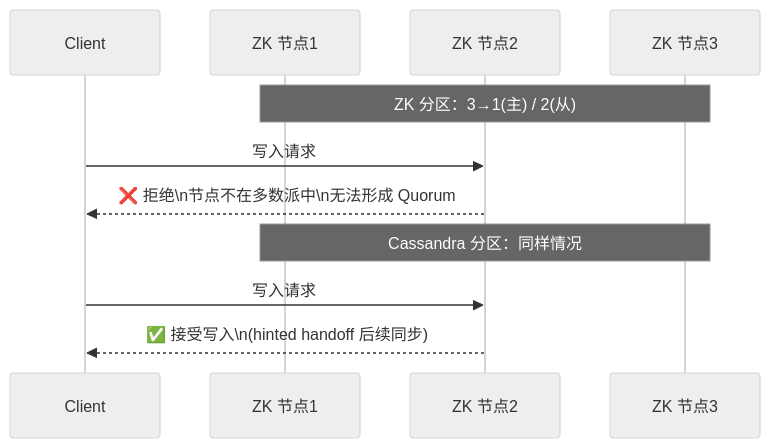
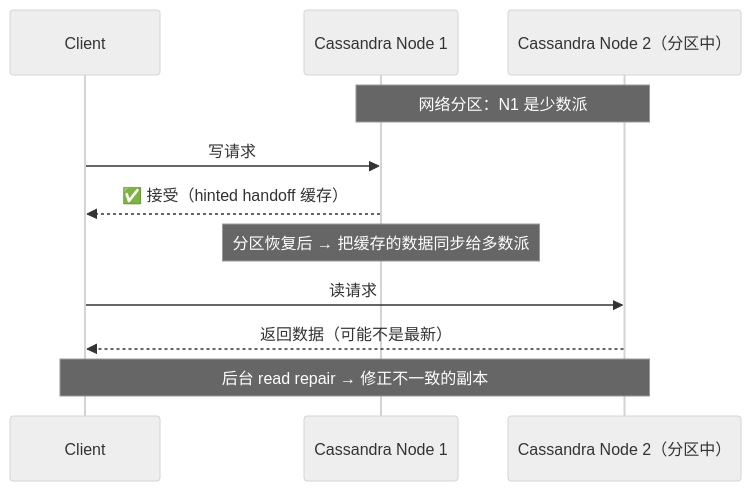
Before and after one commit to guozy502/my-tech-blog: the fourth of 5 diagrams in content/posts/分布式/分布式一致性模型——CAP不是二分法，PACELC才是工程指导.md, drawn with Mermaid (neutral theme). The commit also changed other lines of this file and 52 other files, not shown here.

````diff
--- a/content/posts/分布式/分布式一致性模型——CAP不是二分法，PACELC才是工程指导.md
+++ b/content/posts/分布式/分布式一致性模型——CAP不是二分法，PACELC才是工程指导.md
@@ -108,15 +154,18 @@
 ```mermaid
 sequenceDiagram
     participant C as Client
-    participant ZK1 as ZK 节点1
-    participant ZK2 as ZK 节点2
-    participant ZK3 as ZK 节点3
+    participant N1 as Cassandra Node 1
+    participant N2 as Cassandra Node 2（分区中）
     
-    Note over ZK1,ZK3: ZK 分区：3→1(主) / 2(从)
-    C->>ZK2: 写入请求
-    ZK2-->>C: ❌ 拒绝\n节点不在多数派中\n无法形成 Quorum
+    Note over N1,N2: 网络分区：N1 是少数派
     
-    Note over ZK1,ZK3: Cassandra 分区：同样情况
-    C->>ZK2: 写入请求
-    ZK2-->>C: ✅ 接受写入\n(hinted handoff 后续同步)
+    C->>N1: 写请求
+    N1-->>C: ✅ 接受（hinted handoff 缓存）
+    
+    Note over N1: 分区恢复后 → 把缓存的数据同步给多数派
+    
+    C->>N2: 读请求
+    N2-->>C: 返回数据（可能不是最新）
+    
+    Note over C,N2: 后台 read repair → 修正不一致的副本
 ```
````
